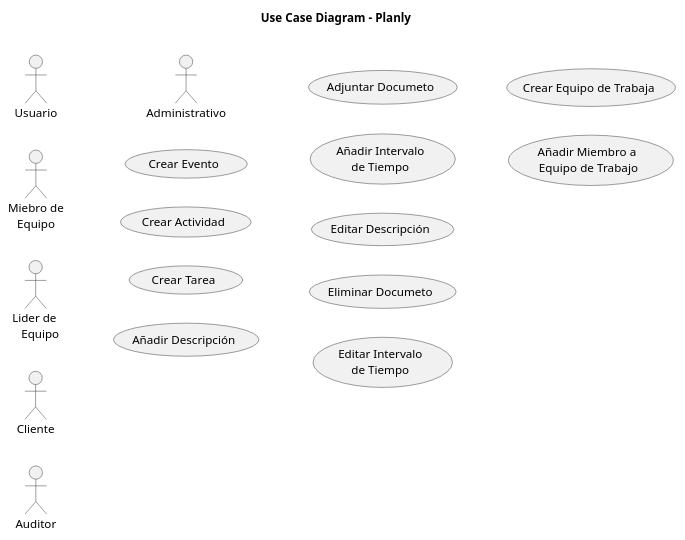
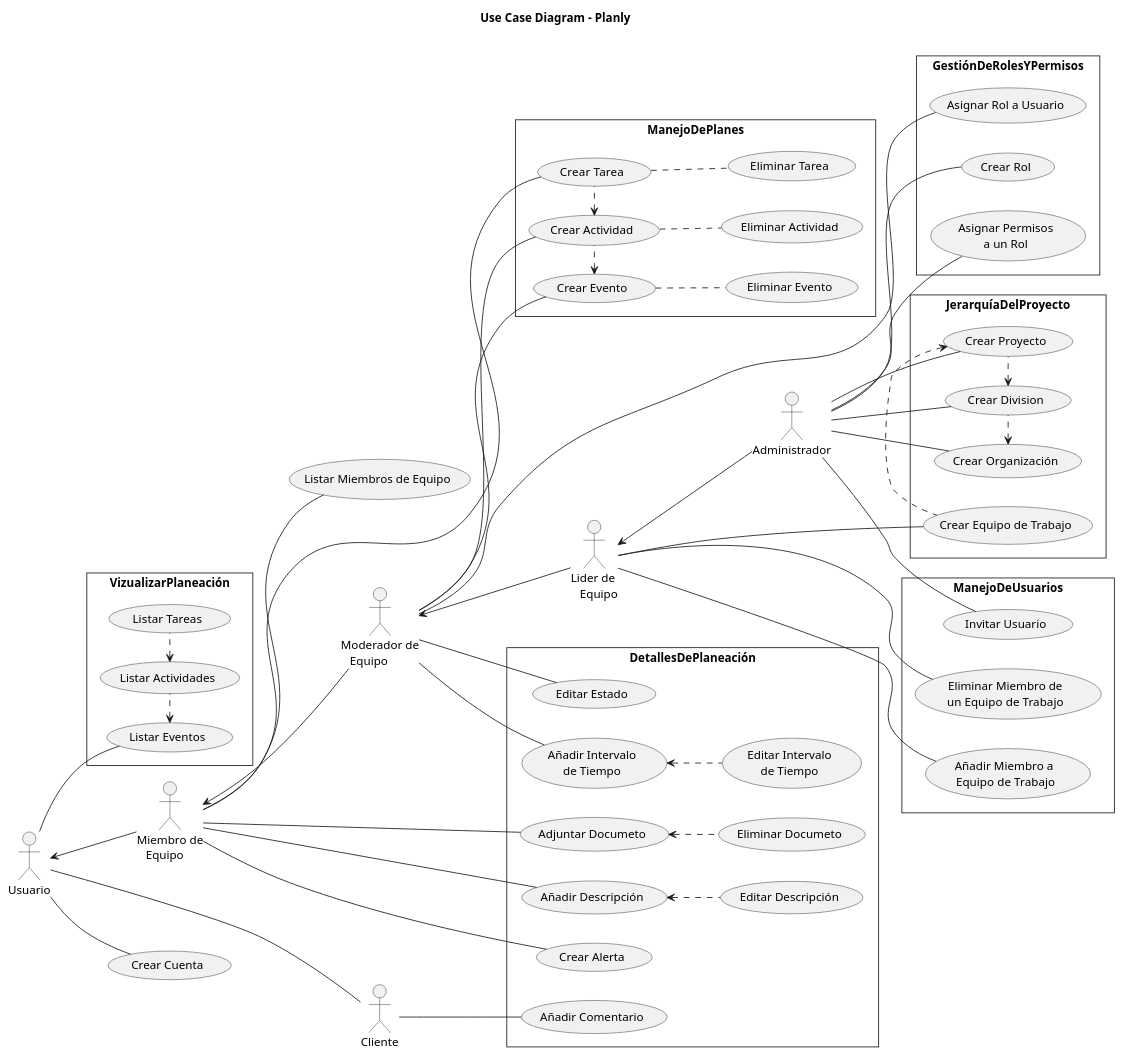
The diagram in 8vo Semestre/Ingeniería de Software II/Planly/PlanlyUseCaseDiagram.plantuml (MrDahaniel/uisFiles), drawn with PlantUML before and after one commit. The commit also changed 1 other file, not shown here.

```diff
--- a/8vo Semestre/Ingeniería de Software II/Planly/PlanlyUseCaseDiagram.plantuml
+++ b/8vo Semestre/Ingeniería de Software II/Planly/PlanlyUseCaseDiagram.plantuml
@@ -1,35 +1,162 @@
 @startuml PlanlyUseCaseDiagram
 
     title Use Case Diagram - Planly\n
 
 
     skinparam Style strictuml 
     skinparam SequenceMessageAlignment center
 
     left to right direction
     skinparam monochrome true
     skinparam roundcorner 20
 
     ' Definitions
         ' Actors
         Actor :Usuario: as U
-        Actor :Miebro de\n   Equipo: as ME
-        Actor :Lider de\n   Equipo: as LE
+        Actor :Administrador: as Adm
+        Actor :Lider de\n   Equipo: as LEqu
+        Actor :Miembro de\n   Equipo: as ME
+        Actor :Moderador de\n   Equipo: as ModE
         Actor :Cliente: as C
-        Actor :Auditor: as A
-        Actor :Administrativo: as Adm
 
     ' Use Cases
-        usecase (Crear Evento) as (CE)
-        usecase (Crear Actividad) as (CA)
-        usecase (Crear Tarea) as (CT)
-        usecase (Añadir Descripción) as (AddDes)
-        usecase (Adjuntar Documeto) as (AddDoc)
-        usecase (Añadir Intervalo\nde Tiempo) as (AIT)
-        usecase (Editar Descripción) as (EdDes)
-        usecase (Eliminar Documeto) as (ElimDoc)
-        usecase (Editar Intervalo\nde Tiempo) as (EIT)
-        usecase (Crear Equipo de Trabaja) as (CET)
-        usecase (Añadir Miembro a \nEquipo de Trabajo) as (AMET)
+        ' Crear
+        usecase (Crear Cuenta) as (CC)
+
+         Rectangle ManejoDePlanes {
+            usecase (Crear Evento) as (CE)
+            usecase (Crear Actividad) as (CA)
+            usecase (Crear Tarea) as (CT)
+            usecase (Eliminar Evento) as (ElimEv)
+            usecase (Eliminar Actividad) as (ElimAct)
+            usecase (Eliminar Tarea) as (ElimTar)
+         }   
+
+        Rectangle JerarquíaDelProyecto {
+            usecase (Crear Organización) as (CO)
+            usecase (Crear Division) as (CD)
+            usecase (Crear Proyecto) as (CP)
+            usecase (Crear Equipo de Trabajo) as (CET)
+        }           
+        
+        Rectangle GestiónDeRolesYPermisos {
+            usecase (Crear Rol) as (CR)
+            usecase (Asignar Permisos\na un Rol) as (APR)
+            usecase (Asignar Rol a Usuario) as (ARU)
+        }
+
+        ' Añadir
+
+        Rectangle DetallesDePlaneación {
+            usecase (Añadir Descripción) as (AddDes)
+            usecase (Añadir Intervalo\nde Tiempo) as (AIT)
+            usecase (Adjuntar Documeto) as (AddDoc)
+            usecase (Añadir Comentario) as (AddCom)
+            usecase (Crear Alerta) as (CAle)
+            usecase (Editar Estado) as (EE)
+            usecase (Editar Descripción) as (EdDes)
+            usecase (Editar Intervalo\nde Tiempo) as (EIT)
+            usecase (Eliminar Documeto) as (ElimDoc)
+        }
+
+        Rectangle ManejoDeUsuarios {
+            usecase (Invitar Usuario) as (IU)
+            usecase (Añadir Miembro a \nEquipo de Trabajo) as (AMET)
+            usecase (Eliminar Miembro de\nun Equipo de Trabajo) as (EMET)
+        }
+
+
+        ' Listar
+        rectangle VizualizarPlaneación {
+            usecase (Listar Eventos) as (LE)
+            usecase (Listar Actividades) as (LA)
+            usecase (Listar Tareas) as (LT)
+        }
+
+        usecase (Listar Miembros de Equipo) as (LME)
+
+        ' Eliminar 
+
+    ' Relaciones
+        ' Entre Actores
+        U <-- ME
+        U -- C
+        ME <-- ModE
+        ModE <-- LEqu
+        LEqu <-- Adm
+
+        ' Entre casos de uso
+            ' Listar    
+            LE <.right. LA
+            LA <.right. LT
+
+            ' Crear y Editar
+            CE <.right. CA
+            CA <.right. CT
+
+            AddDes <.. EdDes
+
+            ' Jerarquía
+            CO <.right. CD 
+            CD <.right. CP 
+            CP <.right. CET
+
+            CE .. ElimEv
+            CA .. ElimAct 
+            CT .. ElimTar
+
+            AIT <.. EIT
+            AddDoc <.. ElimDoc
+
+
+
+        ' Actores a casos de uso
+            ' Usuario
+            U -- CC
+            U -- LE
+            ' U -- LA
+            ' U -- LT
+
+            ' Cliente
+            C -- AddCom
+
+            ' Auditor
+
+            ' Miembro de equipo
+            ME -- LME
+            ME -- CAle
+            ME -- AddDes
+            ME -- AddDoc
+
+            ' ME -- EdDes
+            ME -- CT
+            ' ME -- ElimTar
+
+
+            ' Moderador de Equipo
+            ModE -- ARU
+            ModE -- CE
+            ModE -- CA
+            ModE -- AIT
+            ' ModE -- ElimEv
+            ' ModE -- ElimAct
+            ModE -- EE
+
+            ' Lider de Equipo
+            LEqu -- CET
+            LEqu -- AMET
+            LEqu -- EMET
+
+            ' Administrador
+            Adm -- CR
+            Adm -- CO
+            Adm -- CP
+            Adm -- IU
+            Adm -- CD
+            Adm -- APR
+
+
+
+
 
 @enduml
```
